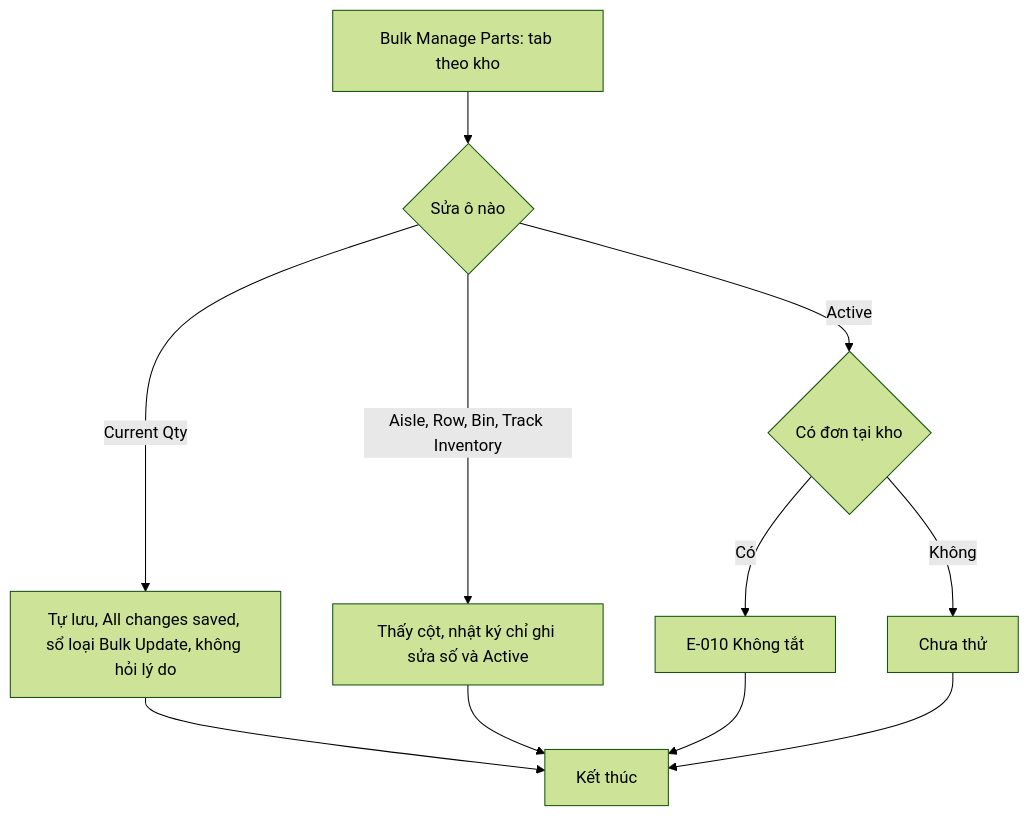
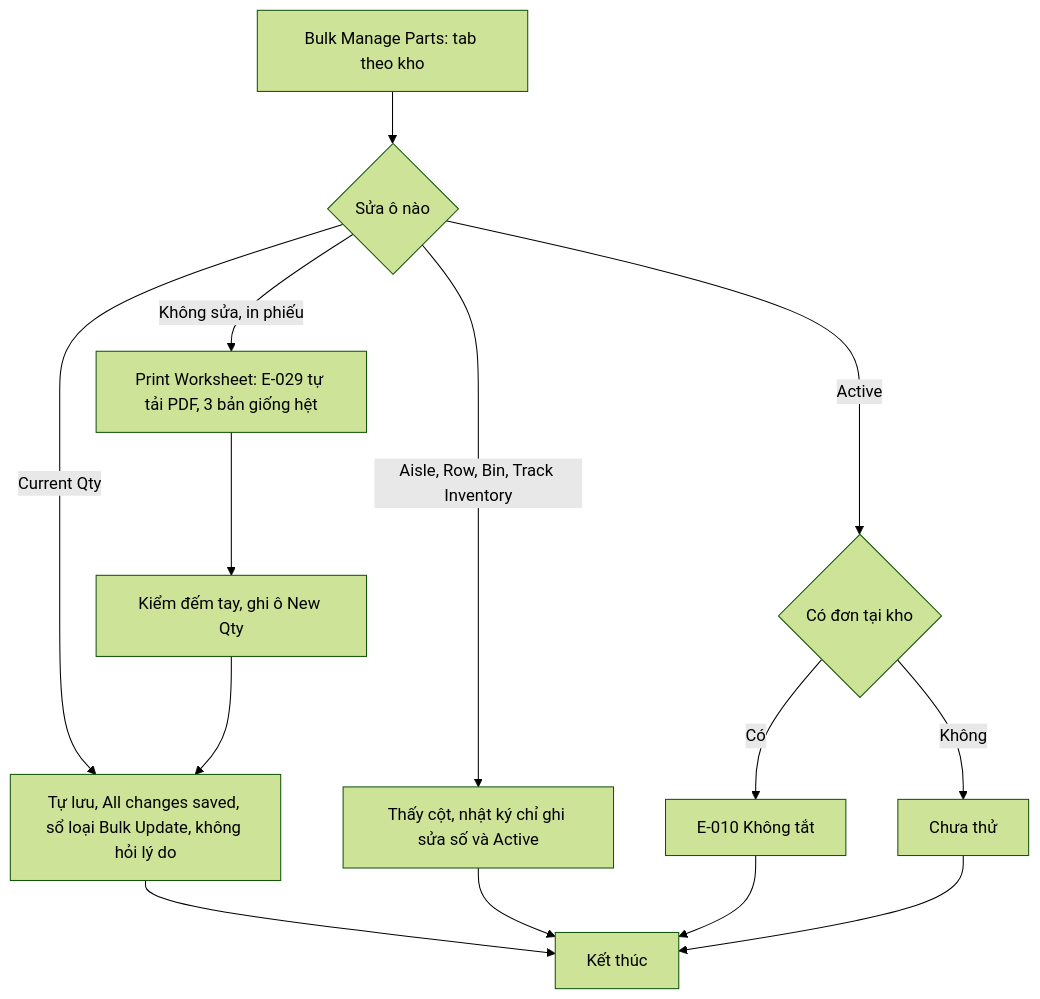
The seventh of 13 diagrams in docs/_research/fleetio/srs/fleetio-parts-purchasing-fuel-flows.md (szitphan/invlogis), drawn with Mermaid (forest theme) before and after one commit. The commit also changed other lines of this file and 113 other files, not shown here.

````diff
--- a/docs/_research/fleetio/srs/fleetio-parts-purchasing-fuel-flows.md
+++ b/docs/_research/fleetio/srs/fleetio-parts-purchasing-fuel-flows.md
@@ -213,13 +224,16 @@
 ```mermaid
 flowchart TD
     A["Bulk Manage Parts: tab theo kho"] --> B{"Sửa ô nào"}
     B -->|"Current Qty"| C["Tự lưu, All changes saved, sổ loại Bulk Update, không hỏi lý do"]
     B -->|"Active"| D{"Có đơn tại kho"}
     B -->|"Aisle, Row, Bin, Track Inventory"| E["Thấy cột, nhật ký chỉ ghi sửa số và Active"]
+    B -->|"Không sửa, in phiếu"| H["Print Worksheet: E-029 tự tải PDF, 3 bản giống hệt"]
     D -->|"Có"| F["E-010 Không tắt"]
     D -->|"Không"| G["Chưa thử"]
+    H --> I["Kiểm đếm tay, ghi ô New Qty"]
+    I --> C
     C --> KetThuc["Kết thúc"]
     E --> KetThuc["Kết thúc"]
     F --> KetThuc["Kết thúc"]
     G --> KetThuc["Kết thúc"]
 ```
````
